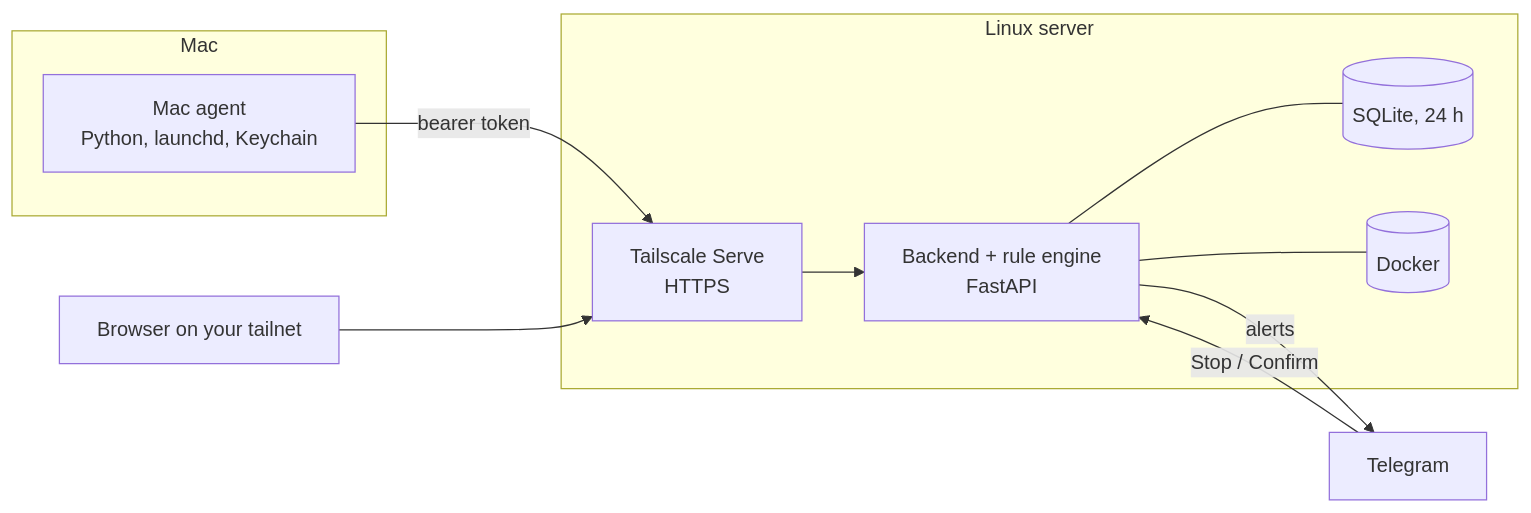
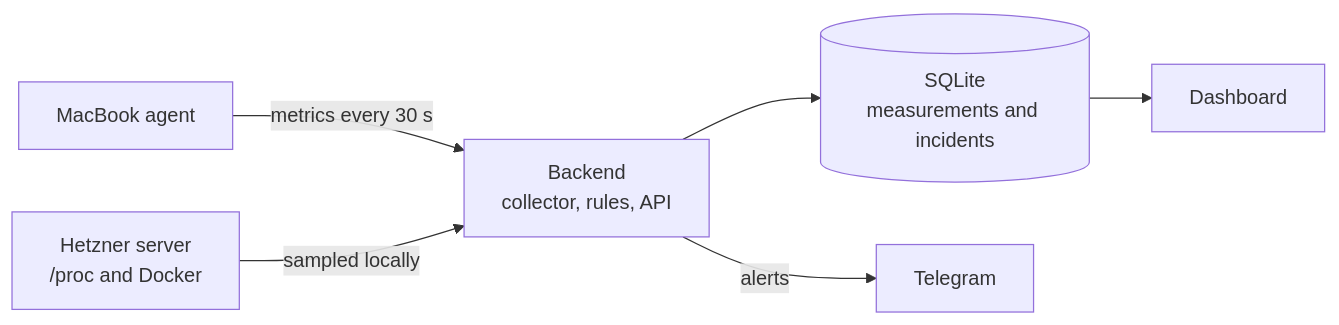
One commit to ShivaSai06/astra-watch changed the diagram in README.md. Above: the diagram before and after it, drawn with Mermaid. The commit also changed other lines of this file and 56 other files, not shown here.

````diff
--- a/README.md
+++ b/README.md
@@ -40,21 +53,8 @@
 ```mermaid
 flowchart LR
-    subgraph Mac
-      A[Mac agent<br/>Python, launchd, Keychain]
-    end
-    subgraph Server["Linux server"]
-      T[Tailscale Serve<br/>HTTPS]
-      C[Backend + rule engine<br/>FastAPI]
-      D[(SQLite, 24 h)]
-      K[(Docker)]
-      T --> C
-      C --- D
-      C --- K
-    end
-    B[Browser on your tailnet]
-    G[Telegram]
-    A -- "bearer token" --> T
-    B --> T
-    C -- alerts --> G
-    G -- "Stop / Confirm" --> C
+    MAC["MacBook agent"] -- "metrics every 30 s" --> BE["Backend<br/>collector, rules, API"]
+    HZ["Hetzner server<br/>/proc and Docker"] -- "sampled locally" --> BE
+    BE --> DB[("SQLite<br/>measurements and incidents")]
+    DB --> UI["Dashboard"]
+    BE -- "alerts" --> TG["Telegram"]
 ```
````
